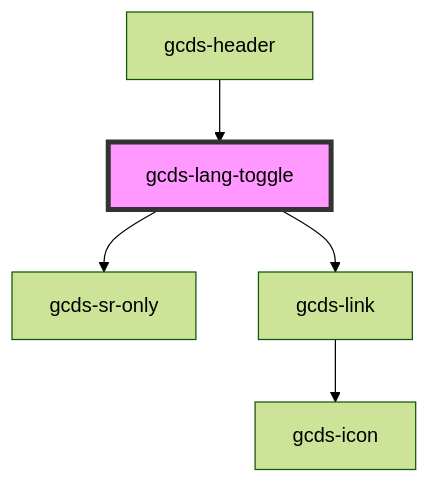
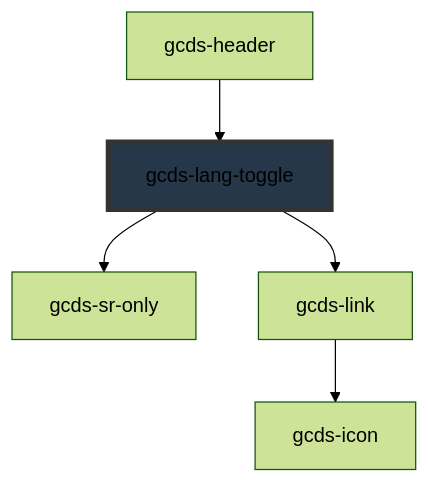
One commit to cds-snc/gcds-components changed the diagram in packages/web/src/components/gcds-lang-toggle/readme.md. Above: the diagram before and after it, drawn with Mermaid (forest theme). The commit also changed other lines of this file and 44 other files, not shown here.

````diff
--- a/packages/web/src/components/gcds-lang-toggle/readme.md
+++ b/packages/web/src/components/gcds-lang-toggle/readme.md
@@ -25,8 +34,8 @@
 ```mermaid
 graph TD;
   gcds-lang-toggle --> gcds-sr-only
   gcds-lang-toggle --> gcds-link
   gcds-link --> gcds-icon
   gcds-header --> gcds-lang-toggle
-  style gcds-lang-toggle fill:#f9f,stroke:#333,stroke-width:4px
+  style gcds-lang-toggle fill:#26374a,stroke:#333,stroke-width:4px
 ```
````
